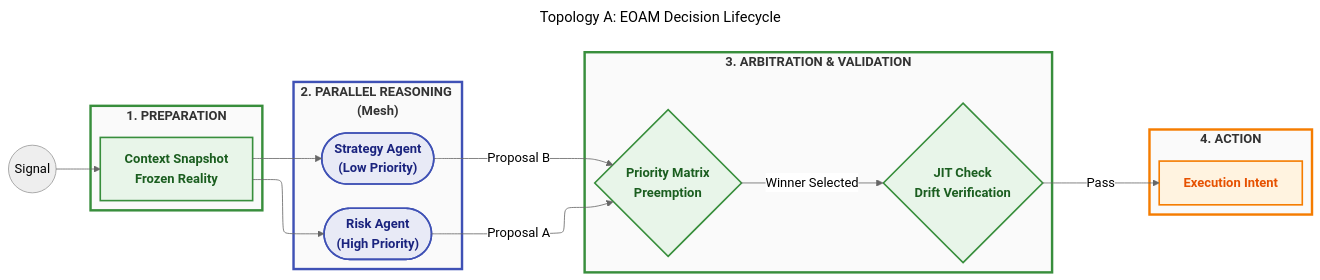
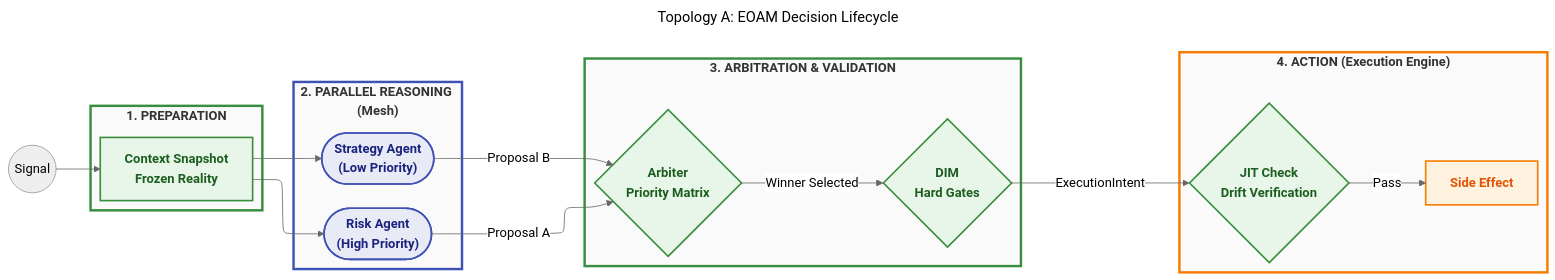
The second of 9 diagrams in docs/03-topologies/DIR_Topologies.md (huka81/decision-intelligence-runtime), drawn with Mermaid before and after one commit. The commit also changed other lines of this file and 4 other files, not shown here.

````diff
--- a/docs/03-topologies/DIR_Topologies.md
+++ b/docs/03-topologies/DIR_Topologies.md
@@ -147,48 +148,50 @@
 ```mermaid
 ---
 title: "Topology A: EOAM Decision Lifecycle"
 config:
   layout: elk
   theme: neutral
   look: classic
 ---
 flowchart LR
     classDef userSpace fill:#E8EAF6,stroke:#3F51B5,stroke-width:2px,color:#1A237E,font-weight:bold;
     classDef kernelSpace fill:#E8F5E9,stroke:#388E3C,stroke-width:2px,color:#1B5E20,font-weight:bold;
     classDef infraSpace fill:#FFF3E0,stroke:#F57C00,stroke-width:2px,color:#E65100,font-weight:bold;
 
     Trigger((Signal)) --> Context
     
     subgraph Kernel_Prep ["`**1. PREPARATION**`"]
         Context["`**Context Snapshot**<br/>Frozen Reality`"]:::kernelSpace
     end
 
     subgraph User_Reasoning ["`**2. PARALLEL REASONING (Mesh)**`"]
         direction TB
         Agent1(["`**Risk Agent**<br/>(High Priority)`"]):::userSpace
         Agent2(["`**Strategy Agent**<br/>(Low Priority)`"]):::userSpace
         
         Context --> Agent1
         Context --> Agent2
     end
 
     subgraph Kernel_Arbitration ["`**3. ARBITRATION & VALIDATION**`"]
-        Arbitrator{"`**Priority Matrix**<br/>Preemption`"}:::kernelSpace
-        JIT{"`**JIT Check**<br/>Drift Verification`"}:::kernelSpace
+        Arbitrator{"`**Arbiter**<br/>Priority Matrix`"}:::kernelSpace
+        DIM{"`**DIM**<br/>Hard Gates`"}:::kernelSpace
     end
     
-    subgraph Execution ["`**4. ACTION**`"]
-        Exec["`**Execution Intent**`"]:::infraSpace
+    subgraph Execution ["`**4. ACTION (Execution Engine)**`"]
+        JIT{"`**JIT Check**<br/>Drift Verification`"}:::kernelSpace
+        Exec["`**Side Effect**`"]:::infraSpace
     end
 
     Agent1 -->|Proposal A| Arbitrator
     Agent2 -->|Proposal B| Arbitrator
     
-    Arbitrator -->|Winner Selected| JIT
+    Arbitrator -->|Winner Selected| DIM
+    DIM -->|ExecutionIntent| JIT
     JIT -->|Pass| Exec
 
     style Kernel_Prep fill:#FAFAFA,stroke:#388E3C,stroke-width:3px
     style User_Reasoning fill:#FAFAFA,stroke:#3F51B5,stroke-width:3px
     style Kernel_Arbitration fill:#FAFAFA,stroke:#388E3C,stroke-width:3px
     style Execution fill:#FAFAFA,stroke:#F57C00,stroke-width:3px
 ```
````
